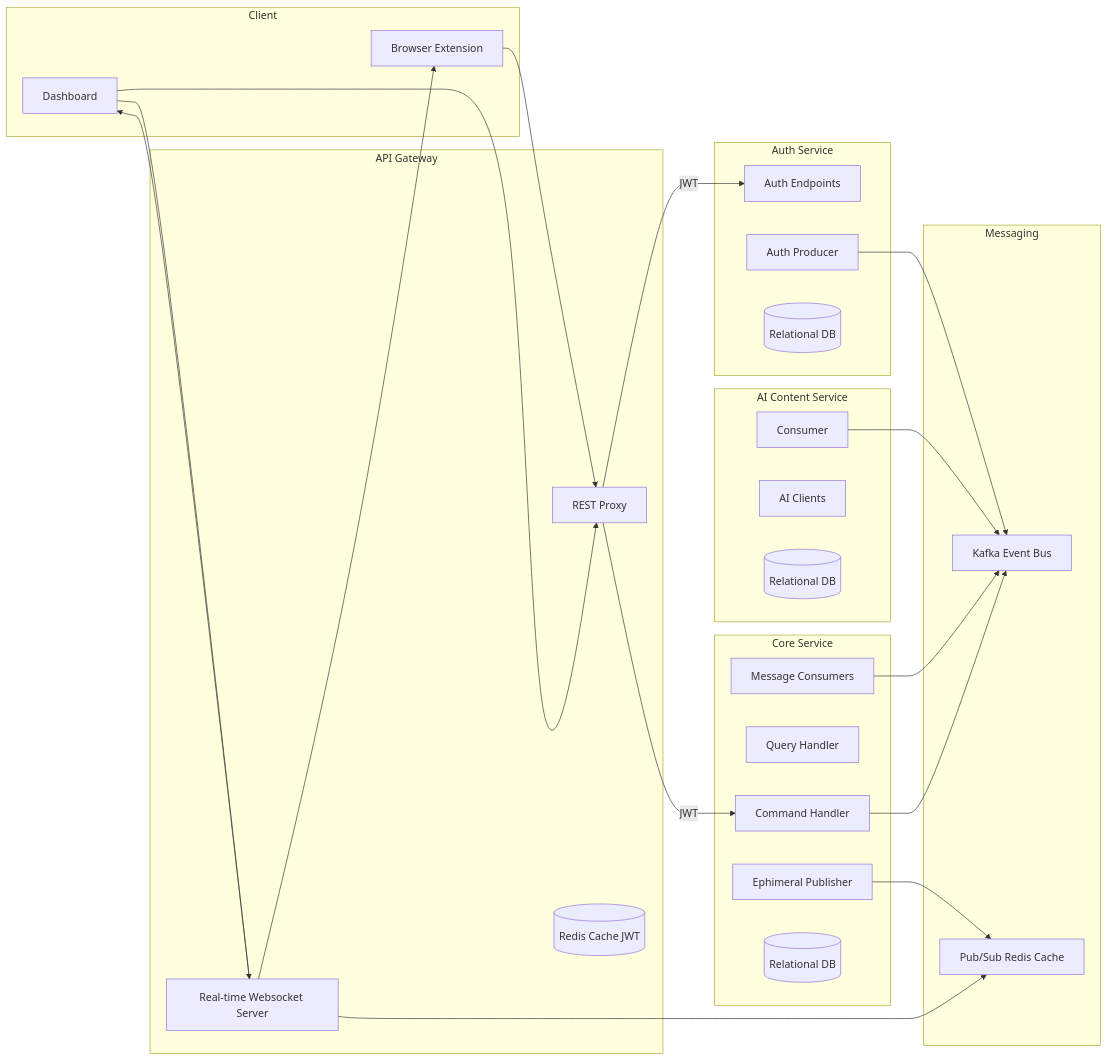
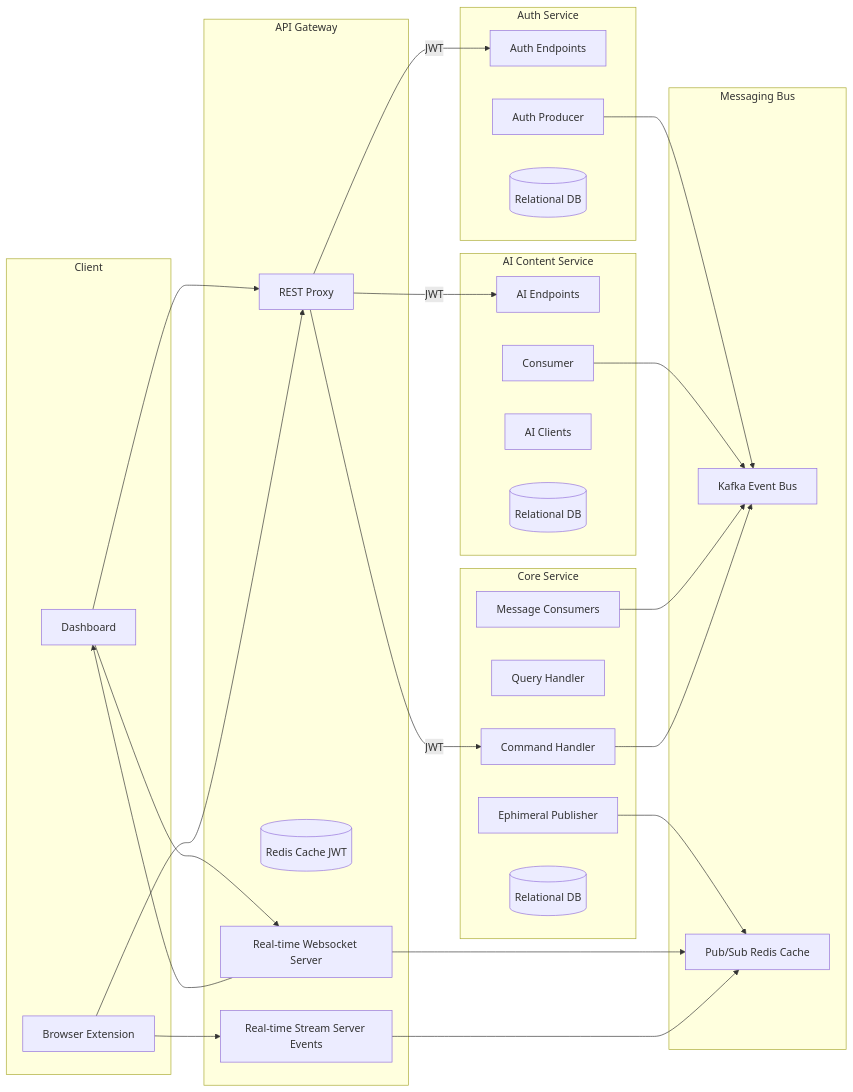
The first of 3 diagrams in README.md (rafaesc/snippetquiz), drawn with Mermaid before and after one commit.

````diff
--- a/README.md
+++ b/README.md
@@ -20,52 +20,56 @@
 ```mermaid
 flowchart LR
   subgraph Client
     D[Dashboard]
     X[Browser Extension]
   end
 
   subgraph Gateway["API Gateway"]
     G[REST Proxy]
     REDIS[(Redis Cache JWT)]
     WS[Real-time Websocket Server]
+    SSE[Real-time Stream Server Events]
   end
 
   subgraph AuthService["Auth Service"]
     AUTH[Auth Endpoints]
     AUTHP[Auth Producer]
     PG1[(Relational DB)]
   end
 
   subgraph Core["Core Service"]
     API[Command Handler]
     QUERY[Query Handler]
     CONSUMERS[Message Consumers]
     FANOUT[Ephimeral Publisher]
     PG2[(Relational DB)]
   end
 
   subgraph AI["AI Content Service"]
+    AIE[AI Endpoints]
     PYCONSUMER[Consumer]
     LLM[AI Clients]
     PG3[(Relational DB)]
   end
 
-  subgraph Messaging
+  subgraph Messaging Bus
     K[Kafka Event Bus]
     R[Pub/Sub Redis Cache]
   end
 
+  D --> G
   X --> G
-  D --> G
   G --> |JWT| API
   G --> |JWT| AUTH
+  G --> |JWT| AIE
   AUTHP --> K
   PYCONSUMER --> K
   CONSUMERS --> K
   FANOUT --> R
   API --> K
   WS --> R
   WS --> D
-  WS --> X
+  SSE --> R
+  X --> SSE
   D --> WS
 ```
````
